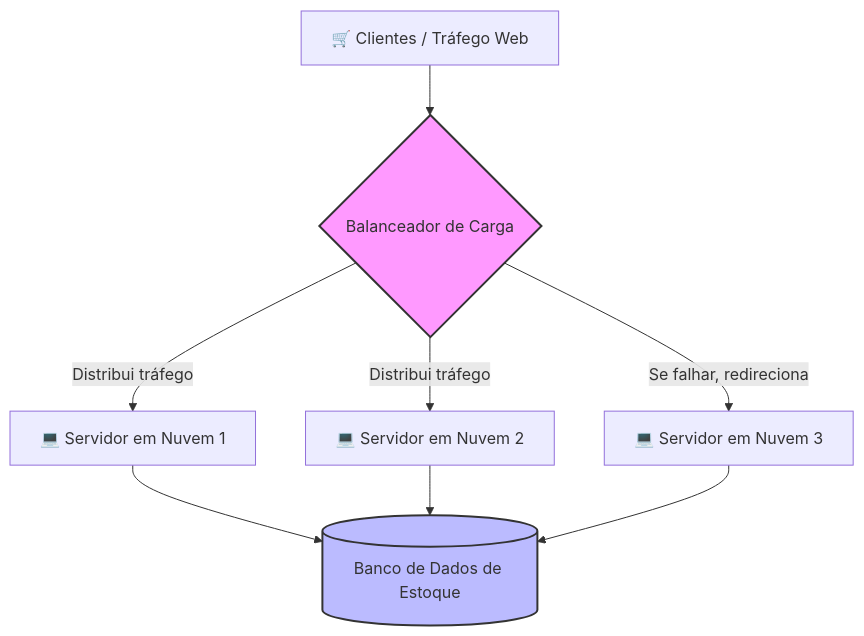
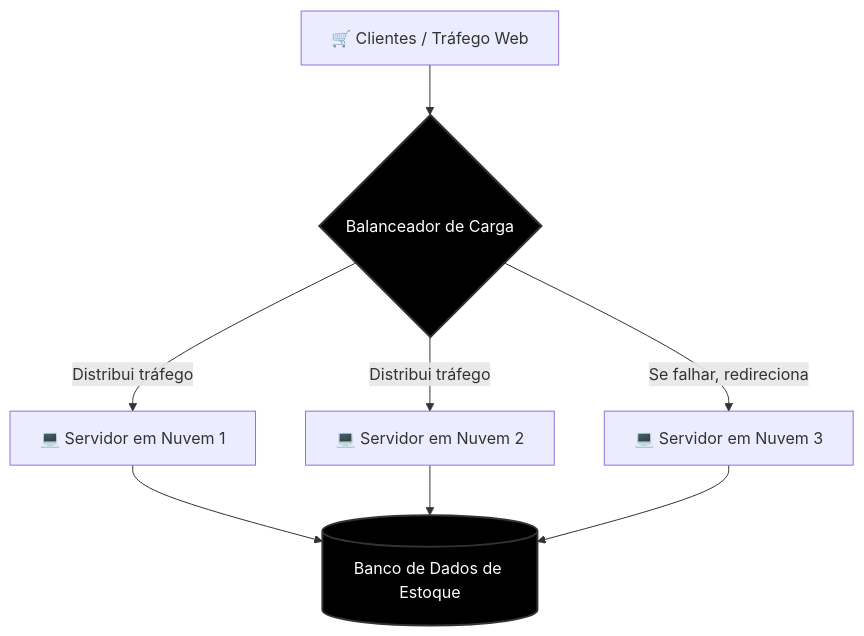
The first of 2 diagrams in README.md (KruxKossel/pisrc-araraquara), drawn with Mermaid before and after one commit.

Commit message:
Change node styles to black with white text
Updated styles for nodes B and F in the diagram.

````diff
--- a/README.md
+++ b/README.md
@@ -11,15 +11,15 @@
 ```mermaid
 graph TD
     A[🛒 Clientes / Tráfego Web] --> B{Balanceador de Carga}
     
     B -->|Distribui tráfego| C[💻 Servidor em Nuvem 1]
     B -->|Distribui tráfego| D[💻 Servidor em Nuvem 2]
     B -->|Se falhar, redireciona| E[💻 Servidor em Nuvem 3]
 
     C --> F[(Banco de Dados de Estoque)]
     D --> F
     E --> F
     
-    style B fill:#f9f,stroke:#333,stroke-width:2px
-    style F fill:#bbf,stroke:#333,stroke-width:2px
+    style B fill:black,color:white,stroke:#333,stroke-width:2px
+    style F fill:black,color:white,stroke:#333,stroke-width:2px
 ```
````
